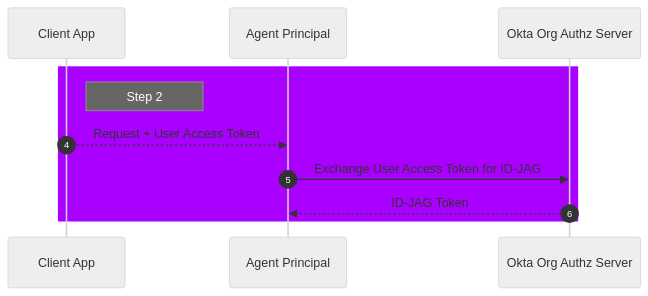
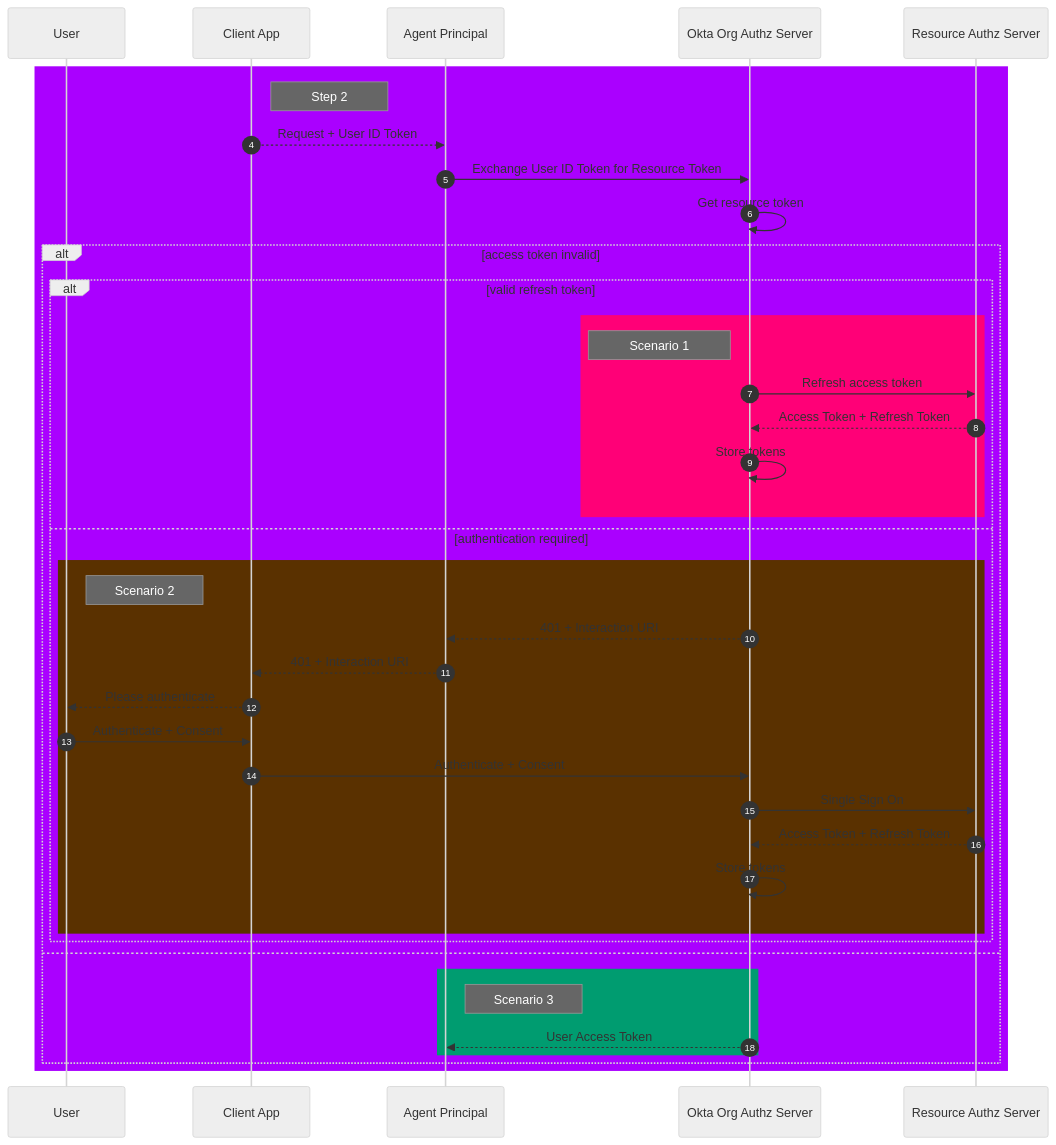
The third of 4 diagrams in images/sts_demo.md (udplabs/okta-ai-poc), drawn with Mermaid (neutral theme) before and after one commit. The commit also changed other lines of this file, not shown here.

First line of the commit message:
Revise STS demo sequence diagrams

````diff
--- a/images/sts_demo.md
+++ b/images/sts_demo.md
@@ -87,16 +95,46 @@
 ```mermaid
 sequenceDiagram
-    autonumber 4
-
+	autonumber 4
+	participant U as User
 	participant C as Client App
-    participant A as Agent Principal
-    participant OAS as Okta Org Authz Server
+	participant A as Agent Principal
+	participant OAS as Okta Org Authz Server
+	participant RAS as Resource Authz Server
 
 	rect rgb(170, 0, 255)
 		Note right of C: Step 2
-			C-->>A: Request + User Access Token
-			A->>OAS: Exchange User Access Token for ID-JAG
-			OAS-->>A: ID-JAG Token
+			C-->>A: Request + User ID Token
+			A->>OAS: Exchange User ID Token for Resource Token
+            OAS->>OAS: Get resource token
+
+            alt access token invalid
+                alt valid refresh token
+                    rect rgb(255, 0, 119)
+                    Note left of OAS: Scenario 1
+                    OAS->>RAS: Refresh access token
+                    RAS-->>OAS: Access Token + Refresh Token
+                    OAS->>OAS: Store tokens
+                    end
+                else authentication required
+                rect rgb(90, 49, 0)
+                    Note right of U: Scenario 2
+                    OAS-->>A: 401 + Interaction URI
+                    A-->>C: 401 + Interaction URI
+                    C-->>U: Please authenticate
+                    U->>C: Authenticate + Consent
+                    C->>OAS: Authenticate + Consent
+                    OAS->>RAS: Single Sign On
+                    RAS-->>OAS: Access Token + Refresh Token
+                    OAS->>OAS: Store tokens
+                end
+                end
+
+            else
+                rect rgb(0, 156, 112)
+                Note right of A: Scenario 3
+                OAS-->>A: User Access Token
+                end
+            end
+
 	end
-
 ```
````
